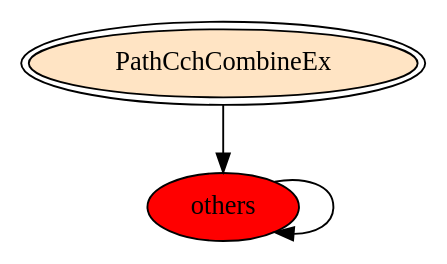
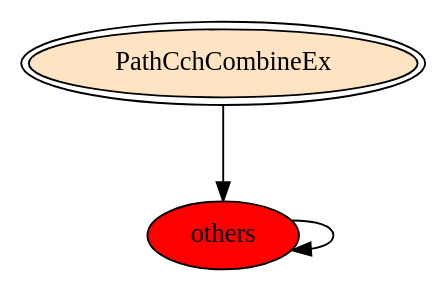
The diagram in [OC0001] Filesystem/[C0015] Alter Filename Extension/[C0015.004X] PathCchCombineEx/gv/PathCchCombineEx.exe_2852_Files and I_O (Local file system)_API_per_Category_Transition_Matrix.gv (reverseame/windows-behavior-catalog), drawn with Graphviz before and after one commit. The commit also changed 220 other files, not shown here.

```diff
--- a/[OC0001] Filesystem/[C0015] Alter Filename Extension/[C0015.004X] PathCchCombineEx/gv/PathCchCombineEx.exe_2852_Files and I_O (Local file system)_API_per_Category_Transition_Matrix.gv
+++ b/[OC0001] Filesystem/[C0015] Alter Filename Extension/[C0015.004X] PathCchCombineEx/gv/PathCchCombineEx.exe_2852_Files and I_O (Local file system)_API_per_Category_Transition_Matrix.gv
@@ -1,6 +1,6 @@
 digraph "./REPORTS/6116/API_PER_CATEGORY/PathCchCombineEx.exe_2852_Files and I_O (Local file system)_API_per_Category_Transition_Matrix" {
 	PathCchCombineEx [label=PathCchCombineEx fillcolor=bisque peripheries=2 style=filled]
 	others [label=others fillcolor=red style=filled]
-	PathCchCombineEx -> others [label=""]
-	others -> others [label=""]
+	PathCchCombineEx -> others [label=1.0 fontcolor=white]
+	others -> others [label=1.0 fontcolor=white]
 }
```
